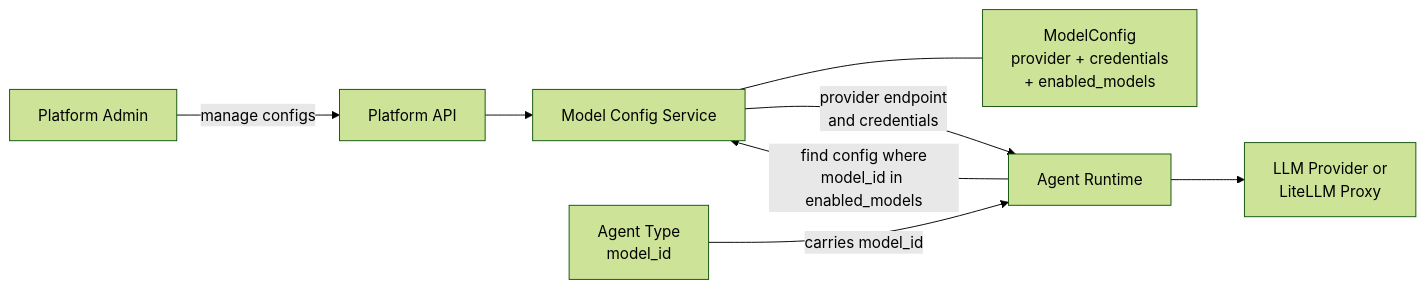
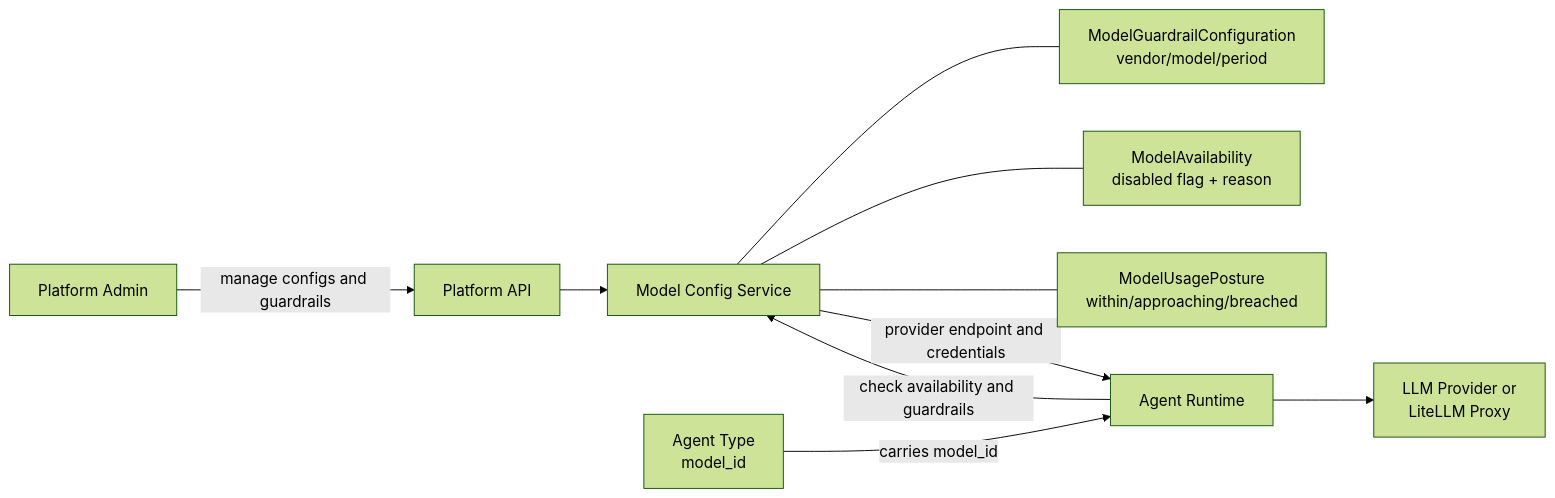
Before and after one commit to hurungang/parthenon: the diagram in docs/master/architecture/modules/model-config.md, drawn with Mermaid (forest theme). The commit also changed other lines of this file and 33 other files, not shown here.

````diff
--- a/docs/master/architecture/modules/model-config.md
+++ b/docs/master/architecture/modules/model-config.md
@@ -9,18 +11,22 @@
 ```mermaid
 flowchart LR
     Admin[Platform Admin]
     API[Platform API]
     MCS[Model Config Service]
-    MC[ModelConfig\nprovider + credentials\n+ enabled_models]
+    MGC[ModelGuardrailConfiguration\nvendor/model/period]
+    MAV[ModelAvailability\ndisabled flag + reason]
+    MUP[ModelUsagePosture\nwithin/approaching/breached]
     AT[Agent Type\nmodel_id]
     AR[Agent Runtime]
     LLM[LLM Provider or\nLiteLLM Proxy]
 
-    Admin -->|manage configs| API
+    Admin -->|manage configs and guardrails| API
     API --> MCS
-    MCS --- MC
+    MCS --- MGC
+    MCS --- MAV
+    MCS --- MUP
     AT -->|carries model_id| AR
-    AR -->|find config where\nmodel_id in enabled_models| MCS
-    MCS -->|provider endpoint\nand credentials| AR
+    AR -->|check availability and guardrails| MCS
+    MCS -->|provider endpoint and credentials| AR
     AR --> LLM
 ```
````
